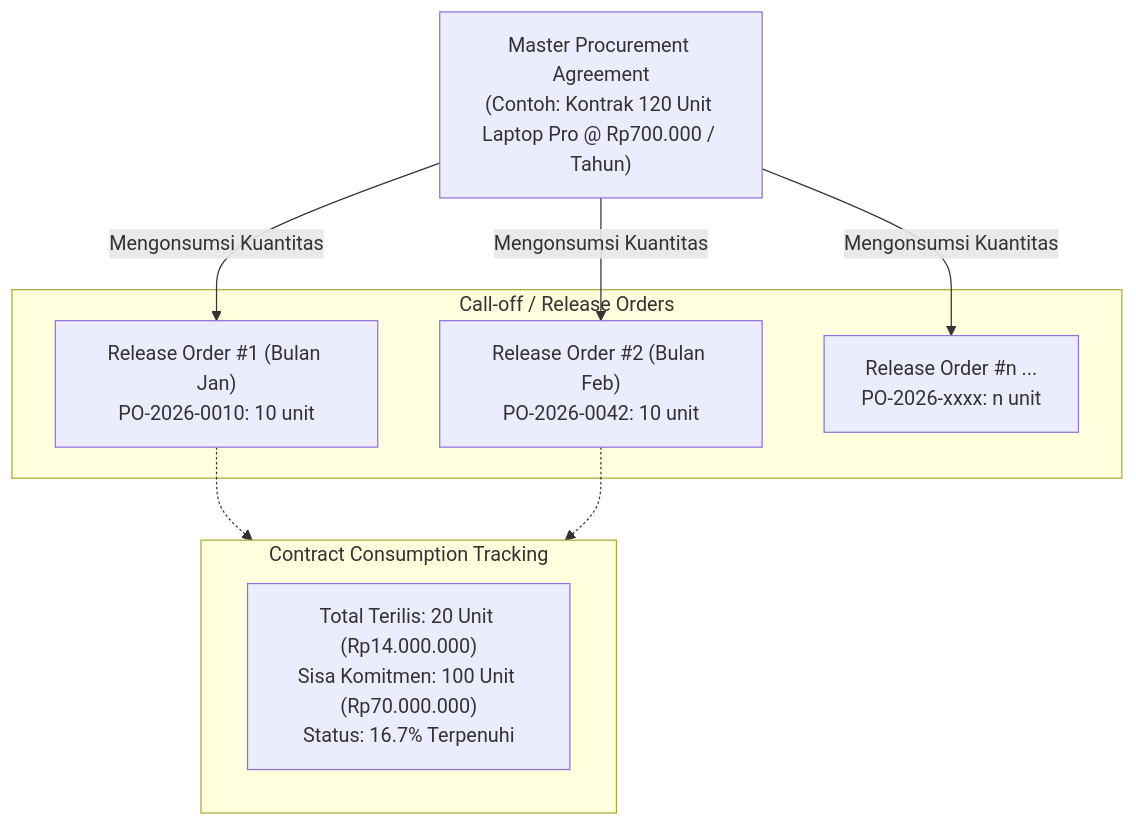
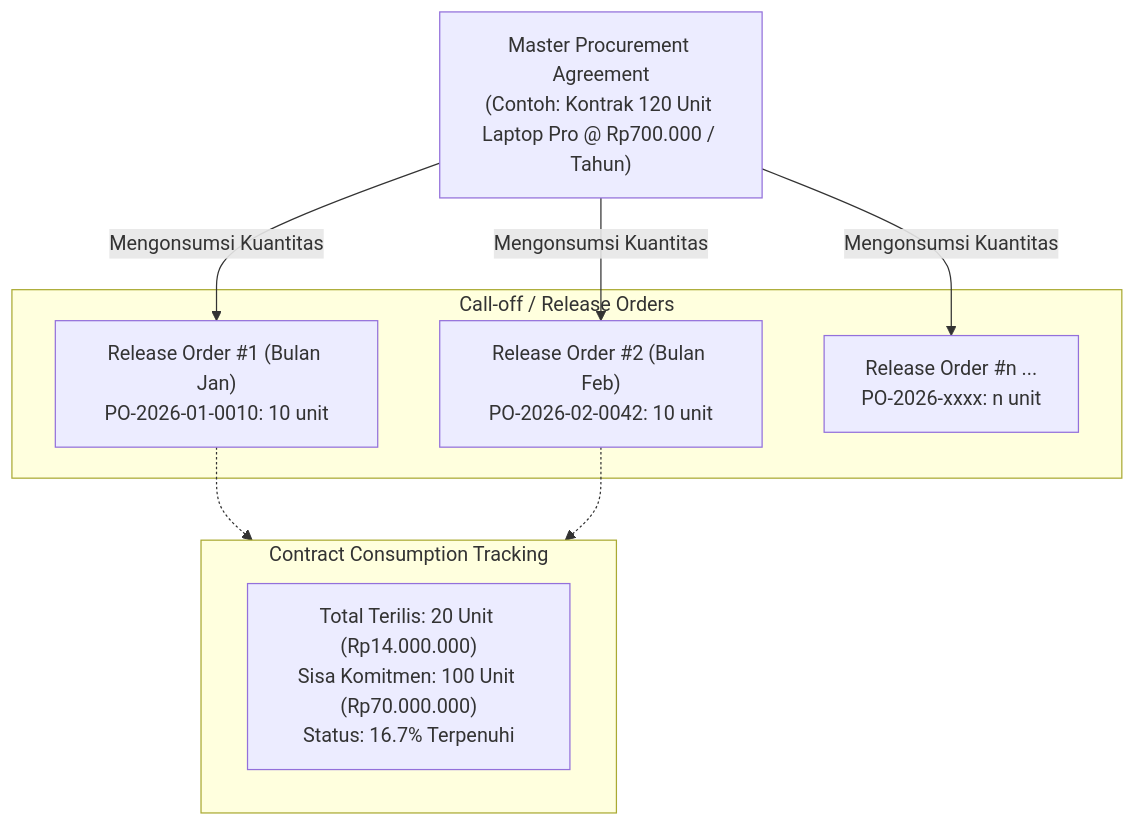
Before and after one commit to alimurrofid/erp-notes: the diagram in content/04-purchasing/procurement-contract-and-agreement.md, drawn with Mermaid. The commit also changed 7 other files, not shown here.

````diff
--- a/content/04-purchasing/procurement-contract-and-agreement.md
+++ b/content/04-purchasing/procurement-contract-and-agreement.md
@@ -48,21 +48,21 @@
 ```mermaid
 flowchart TD
     Contract["Master Procurement Agreement<br/>(Contoh: Kontrak 120 Unit Laptop Pro @ Rp700.000 / Tahun)"]
     
     subgraph Execution["Call-off / Release Orders"]
-        PO1["Release Order #1 (Bulan Jan)<br/>PO-2026-0010: 10 unit"]
-        PO2["Release Order #2 (Bulan Feb)<br/>PO-2026-0042: 10 unit"]
+        PO1["Release Order #1 (Bulan Jan)<br/>PO-2026-01-0010: 10 unit"]
+        PO2["Release Order #2 (Bulan Feb)<br/>PO-2026-02-0042: 10 unit"]
         PO3["Release Order #n ...<br/>PO-2026-xxxx: n unit"]
     end
     
     Contract -->|"Mengonsumsi Kuantitas"| PO1
     Contract -->|"Mengonsumsi Kuantitas"| PO2
     Contract -->|"Mengonsumsi Kuantitas"| PO3
     
     subgraph Tracking["Contract Consumption Tracking"]
         Accum["Total Terilis: 20 Unit (Rp14.000.000)<br/>Sisa Komitmen: 100 Unit (Rp70.000.000)<br/>Status: 16.7% Terpenuhi"]
     end
     
     PO1 -.-> Tracking
     PO2 -.-> Tracking
 ```
````
